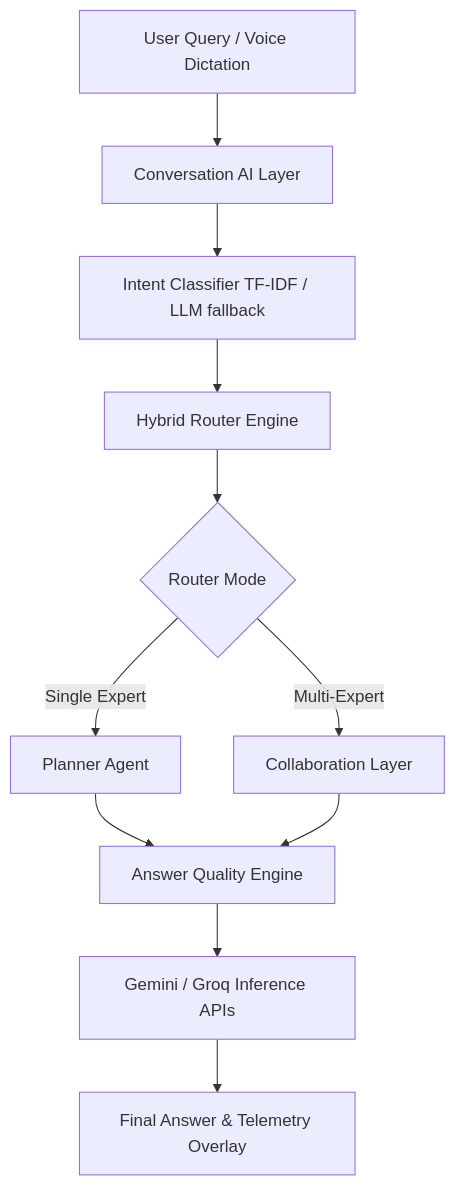
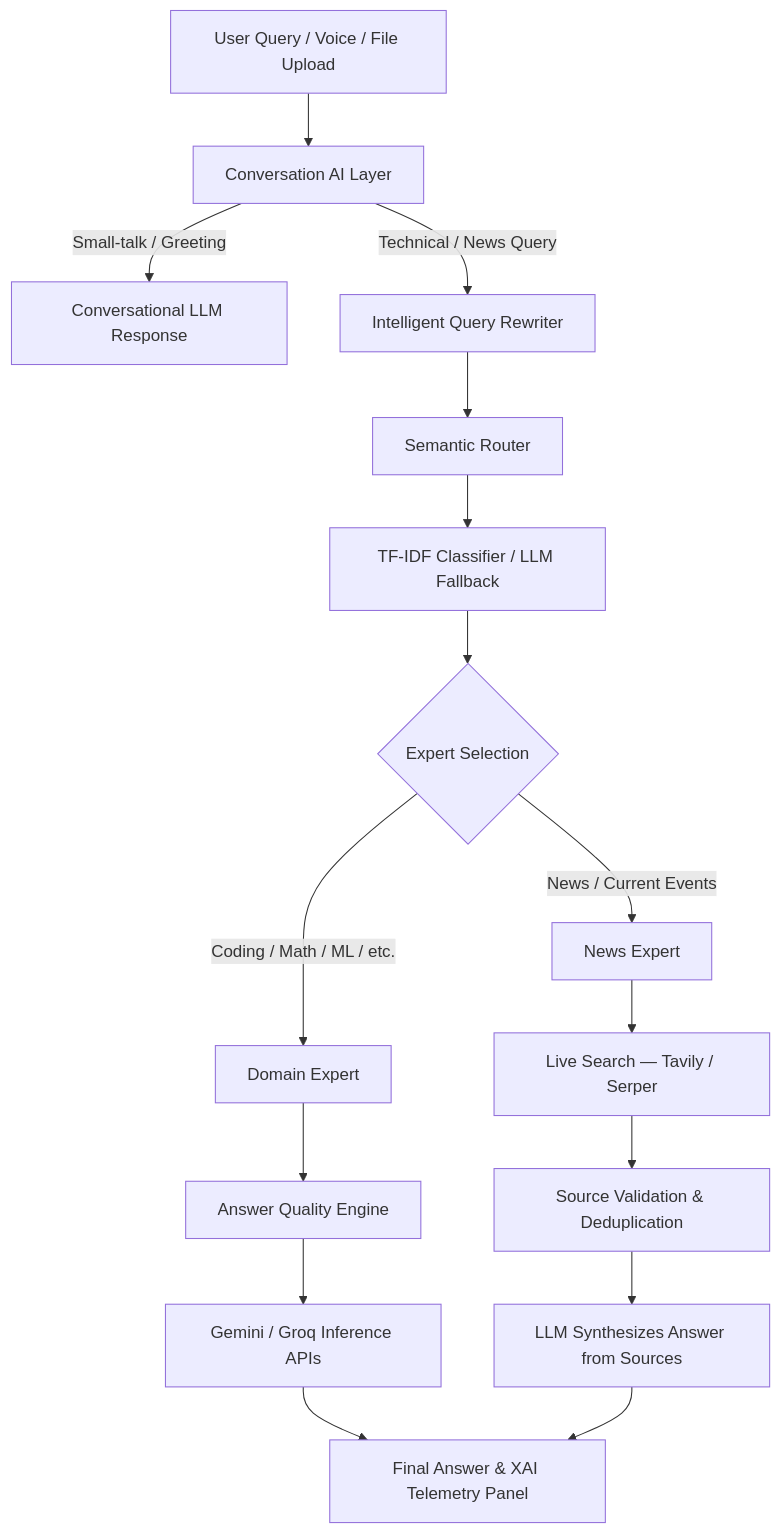
Before and after one commit to suresh4330/IntelliMoE: the diagram in README.md, drawn with Mermaid. The commit also changed other lines of this file, not shown here.

Commit message:
docs: Update README to v2.0.0 - Live Search, News Expert, Query Rewriter, Semantic Router, ChatGPT UI

````diff
--- a/README.md
+++ b/README.md
@@ -113,13 +177,18 @@
 ```mermaid
 graph TD
-    A[User Query / Voice Dictation] --> B[Conversation AI Layer]
-    B --> C[Intent Classifier TF-IDF / LLM fallback]
-    C --> D[Hybrid Router Engine]
-    D --> E{Router Mode}
-    E -->|Single Expert| F[Planner Agent]
-    E -->|Multi-Expert| G[Collaboration Layer]
-    F --> H[Answer Quality Engine]
-    G --> H
-    H --> I[Gemini / Groq Inference APIs]
-    I --> J[Final Answer & Telemetry Overlay]
+    A[User Query / Voice / File Upload] --> B[Conversation AI Layer]
+    B -->|Small-talk / Greeting| C[Conversational LLM Response]
+    B -->|Technical / News Query| D[Intelligent Query Rewriter]
+    D --> E[Semantic Router]
+    E --> F[TF-IDF Classifier / LLM Fallback]
+    F --> G{Expert Selection}
+    G -->|News / Current Events| H[News Expert]
+    G -->|Coding / Math / ML / etc.| I[Domain Expert]
+    H --> J[Live Search — Tavily / Serper]
+    J --> K[Source Validation & Deduplication]
+    K --> L[LLM Synthesizes Answer from Sources]
+    I --> M[Answer Quality Engine]
+    M --> N[Gemini / Groq Inference APIs]
+    N --> O[Final Answer & XAI Telemetry Panel]
+    L --> O
 ```
````
